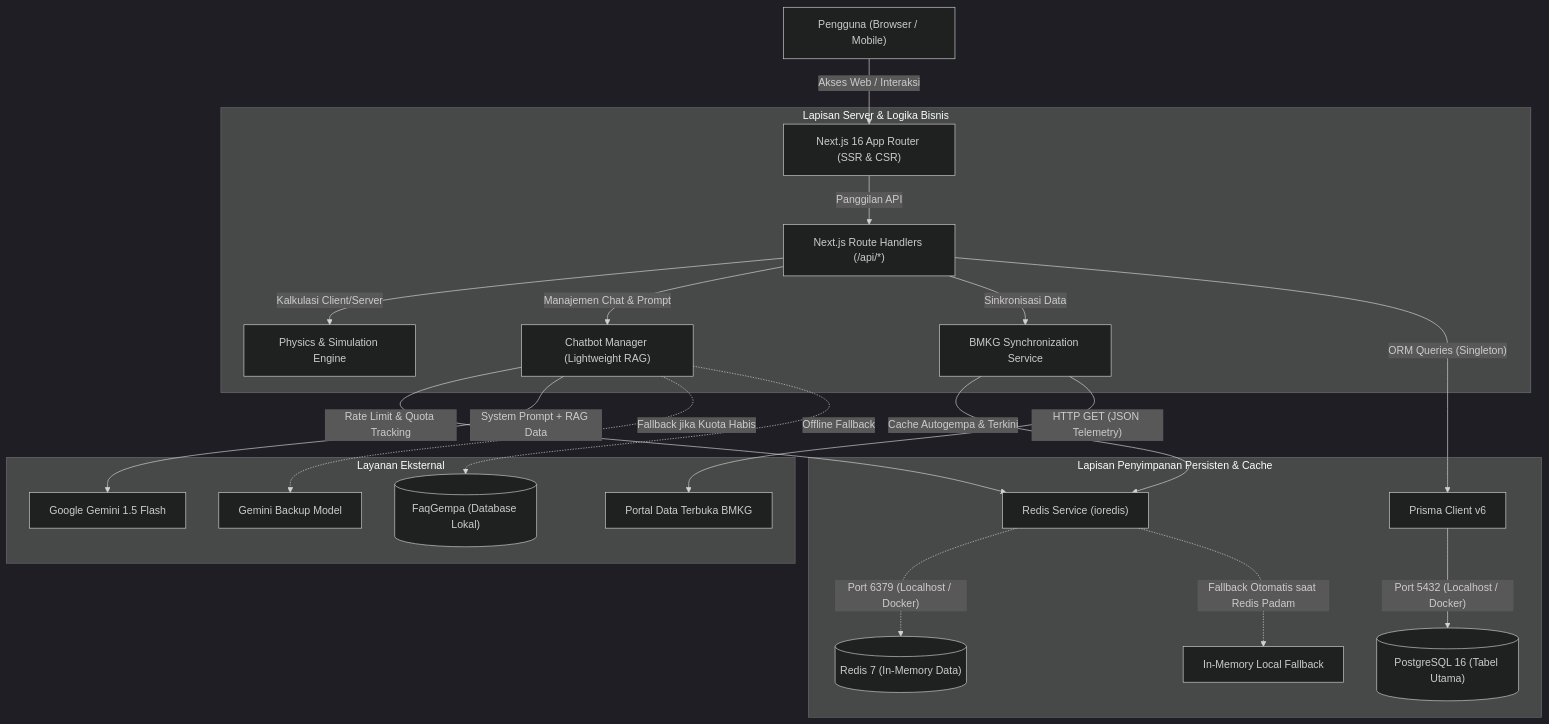
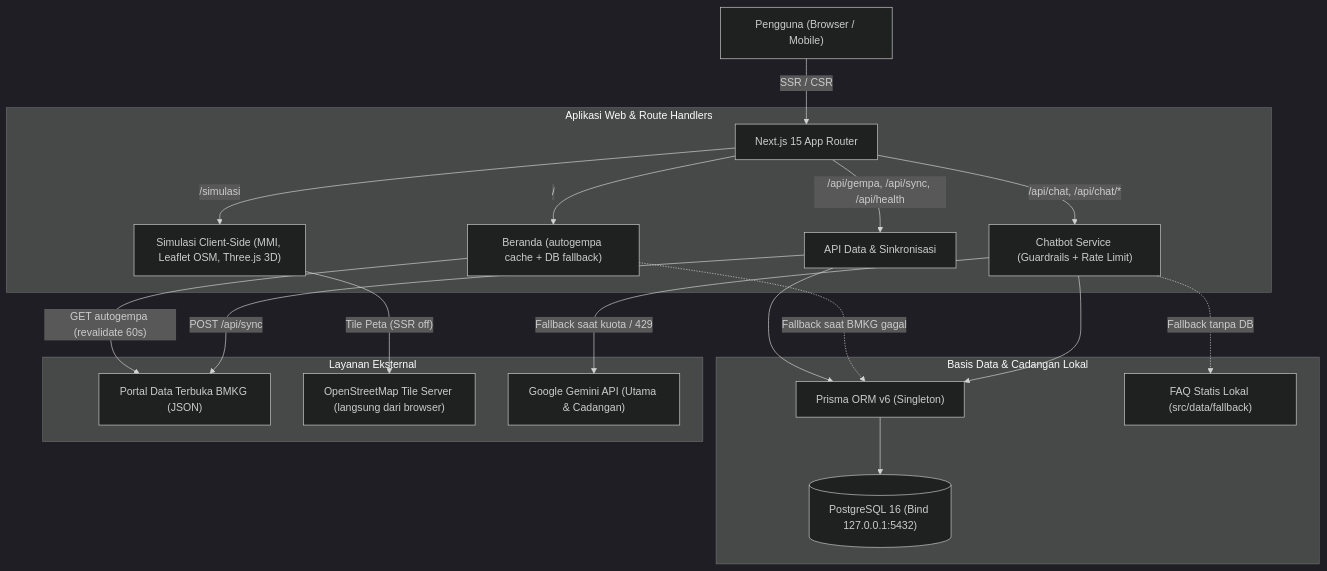
The diagram in README.md (MuhammadFakhirAndito/Sigap), drawn with Mermaid (dark theme) before and after one commit. The commit also changed other lines of this file, not shown here.

````diff
--- a/README.md
+++ b/README.md
@@ -48,28 +87,29 @@
 ```mermaid
 flowchart TD
-    User["Pengguna (Browser / Mobile)"] -->|"Akses Web / Interaksi"| NextApp["Next.js 16 App Router (SSR & CSR)"]
-    
-    subgraph CoreBackend ["Lapisan Server & Logika Bisnis"]
-        NextApp -->|"Panggilan API"| APIRoutes["Next.js Route Handlers (/api/*)"]
-        APIRoutes -->|"Kalkulasi Client/Server"| SimEngine["Physics & Simulation Engine"]
-        APIRoutes -->|"Manajemen Chat & Prompt"| ChatModule["Chatbot Manager (Lightweight RAG)"]
-        APIRoutes -->|"Sinkronisasi Data"| BmkgSync["BMKG Synchronization Service"]
+    User["Pengguna (Browser / Mobile)"] -->|"SSR / CSR"| NextApp["Next.js 15 App Router"]
+
+    subgraph AppLayer["Aplikasi Web & Route Handlers"]
+        NextApp -->|"/"| HomeSSR["Beranda (autogempa cache + DB fallback)"]
+        NextApp -->|"/simulasi"| SimClient["Simulasi Client-Side (MMI, Leaflet OSM, Three.js 3D)"]
+        NextApp -->|"/api/gempa, /api/sync, /api/health"| SyncAPI["API Data & Sinkronisasi"]
+        NextApp -->|"/api/chat, /api/chat/*"| ChatAPI["Chatbot Service (Guardrails + Rate Limit)"]
     end
 
-    subgraph DataLayer ["Lapisan Penyimpanan Persisten & Cache"]
-        APIRoutes -->|"ORM Queries (Singleton)"| Prisma["Prisma Client v6"]
-        Prisma -->|"Port 5432 (Localhost / Docker)"| Postgres[("PostgreSQL 16 (Tabel Utama)")]
-        
-        ChatModule -->|"Rate Limit & Quota Tracking"| RedisClient["Redis Service (ioredis)"]
-        BmkgSync -->|"Cache Autogempa & Terkini"| RedisClient
-        RedisClient -.->|"Port 6379 (Localhost / Docker)"| RedisDB[("Redis 7 (In-Memory Data)")]
-        RedisClient -.->|"Fallback Otomatis saat Redis Padam"| MemoryStore["In-Memory Local Fallback"]
+    subgraph DataLayer["Basis Data & Cadangan Lokal"]
+        Prisma["Prisma ORM v6 (Singleton)"] --> Postgres[("PostgreSQL 16 (Bind 127.0.0.1:5432)")]
+        SyncAPI --> Prisma
+        HomeSSR -.->|"Fallback saat BMKG gagal"| Prisma
+        ChatAPI --> Prisma
+        ChatAPI -.->|"Fallback tanpa DB"| StaticFAQ["FAQ Statis Lokal (src/data/fallback)"]
     end
 
-    subgraph ExternalServices ["Layanan Eksternal"]
-        BmkgSync -->|"HTTP GET (JSON Telemetry)"| BMKGAPI["Portal Data Terbuka BMKG"]
-        ChatModule -->|"System Prompt + RAG Data"| GeminiPrimary["Google Gemini 1.5 Flash"]
-        ChatModule -.->|"Fallback jika Kuota Habis"| GeminiBackup["Gemini Backup Model"]
-        ChatModule -.->|"Offline Fallback"| FaqFallback[("FaqGempa (Database Lokal)")]
+    subgraph ExternalServices["Layanan Eksternal"]
+        BMKG["Portal Data Terbuka BMKG (JSON)"]
+        OSM["OpenStreetMap Tile Server (langsung dari browser)"]
+        Gemini["Google Gemini API (Utama & Cadangan)"]
+        HomeSSR -->|"GET autogempa (revalidate 60s)"| BMKG
+        SyncAPI -->|"POST /api/sync"| BMKG
+        SimClient -->|"Tile Peta (SSR off)"| OSM
+        ChatAPI -->|"Fallback saat kuota / 429"| Gemini
     end
 ```
````
